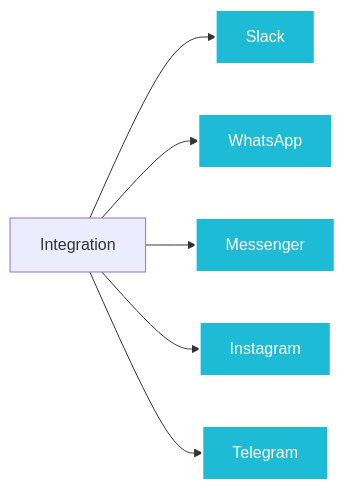
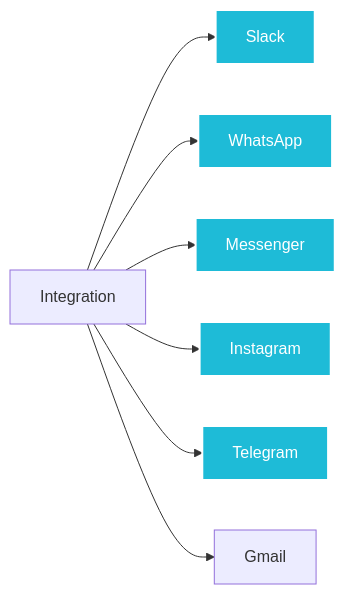
Before and after one commit to yaalalabs/agent-kernel: the first of 2 diagrams in docs/docs/integrations/overview.md, drawn with Mermaid. The commit also changed other lines of this file and 4 other files, not shown here.

````diff
--- a/docs/docs/integrations/overview.md
+++ b/docs/docs/integrations/overview.md
@@ -28,15 +29,15 @@
 ```mermaid
 ---
 config:
   layout: dagre
   elk: true
 ---
 flowchart LR
-    D["Integration"] --> I["Slack"] & J["WhatsApp"] & K["Messenger"] & M["Instagram"] & N["Telegram"]
+    D["Integration"] --> I["Slack"] & J["WhatsApp"] & K["Messenger"] & M["Instagram"] & N["Telegram"] & O["Gmail"]
 
     style I fill:#1ebbd7,stroke:#fff,stroke-width:2px,color:#fff
     style J fill:#1ebbd7,stroke:#fff,stroke-width:2px,color:#fff
     style K fill:#1ebbd7,stroke:#fff,stroke-width:2px,color:#fff
     style M fill:#1ebbd7,stroke:#fff,stroke-width:2px,color:#fff
     style N fill:#1ebbd7,stroke:#fff,stroke-width:2px,color:#fff
 ```
````
